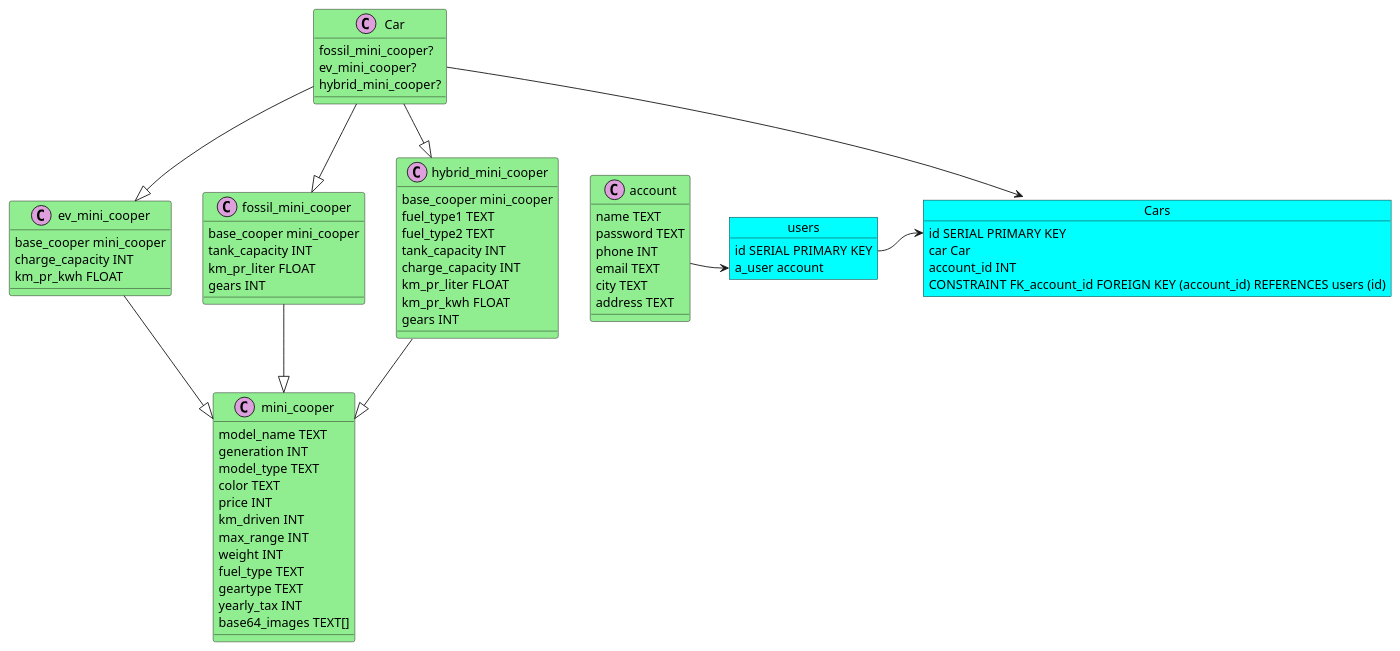
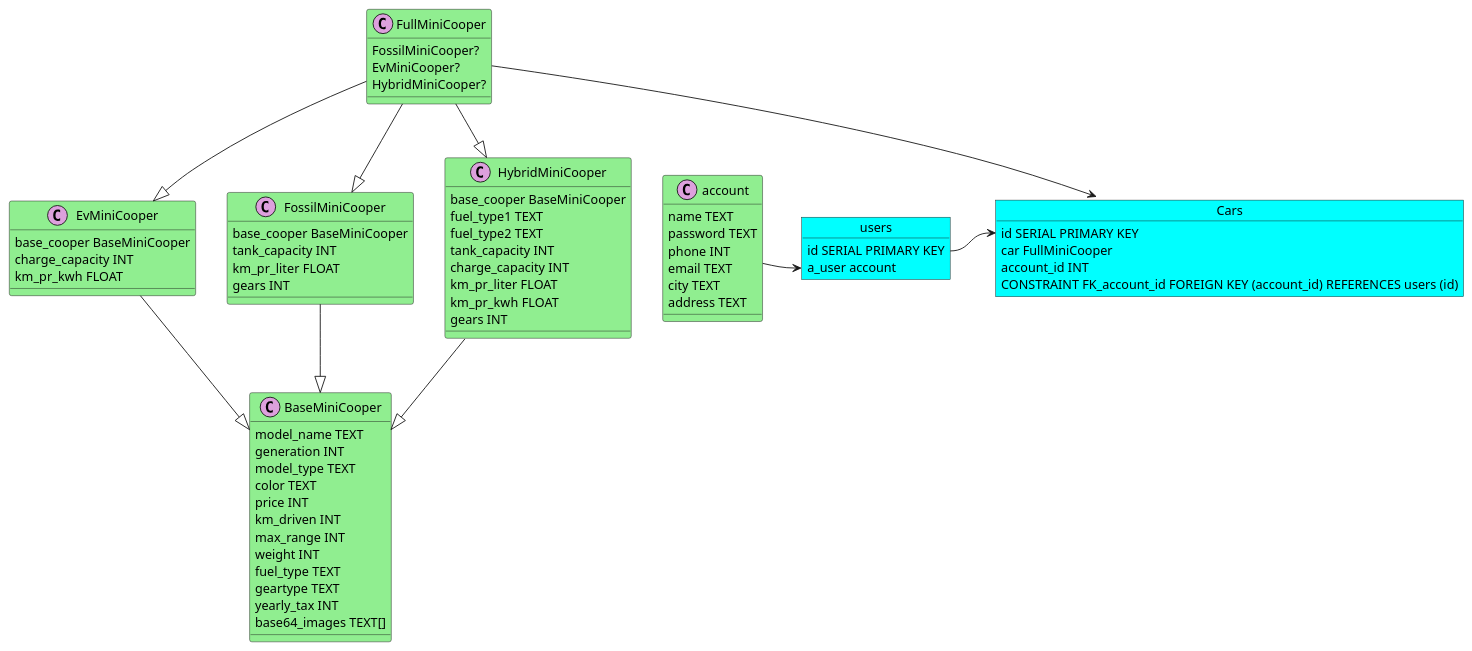
One commit to Mercantec-GHC/projekt-gruppe-3-1 changed the first of 2 diagrams in BlazorApp/DatabaseDiagram.puml. Above: the diagram before and after it, drawn with PlantUML. The commit also changed 8 other files, not shown here.

First line of the commit message:
Refactor Mini Cooper class structures and method names.

```diff
--- a/BlazorApp/DatabaseDiagram.puml
+++ b/BlazorApp/DatabaseDiagram.puml
@@ -1,93 +1,93 @@
 @startuml
 'https://plantuml.com/sequence-diagram
 
 skinparam object{
     BackgroundColor Cyan
 }
 
 skinparam class{
     BackgroundColor LightGreen
 }
 
-class mini_cooper <<(C,Plum)>> {
+class BaseMiniCooper <<(C,Plum)>> {
     model_name TEXT
     generation INT
     model_type TEXT
     color TEXT
     price INT
     km_driven INT
     max_range INT
     weight INT
     fuel_type TEXT
     geartype TEXT
     yearly_tax INT
     base64_images TEXT[]
 }
 
 class account <<(C,Plum)>>{
     name TEXT
     password TEXT
     phone INT
     email TEXT
     city TEXT
     address TEXT
 }
 
-class ev_mini_cooper <<(C,Plum)>>{
-    base_cooper mini_cooper
+class EvMiniCooper <<(C,Plum)>>{
+    base_cooper BaseMiniCooper
     charge_capacity INT
     km_pr_kwh FLOAT
 }
 
-class fossil_mini_cooper <<(C,Plum)>>{
-    base_cooper mini_cooper
+class FossilMiniCooper <<(C,Plum)>>{
+    base_cooper BaseMiniCooper
     tank_capacity INT
     km_pr_liter FLOAT
     gears INT
 }
 
-class hybrid_mini_cooper <<(C,Plum)>>{
-    base_cooper mini_cooper
+class HybridMiniCooper <<(C,Plum)>>{
+    base_cooper BaseMiniCooper
     fuel_type1 TEXT
     fuel_type2 TEXT
     tank_capacity INT
     charge_capacity INT
     km_pr_liter FLOAT
     km_pr_kwh FLOAT
     gears INT
 }
 
-class Car <<(C,Plum)>>{
-    fossil_mini_cooper?
-    ev_mini_cooper?
-    hybrid_mini_cooper?
+class FullMiniCooper <<(C,Plum)>>{
+    FossilMiniCooper?
+    EvMiniCooper?
+    HybridMiniCooper?
 }
 
 object users {
     id SERIAL PRIMARY KEY
     a_user account
 }
 
 
 object Cars {
     id SERIAL PRIMARY KEY
-    car Car
+    car FullMiniCooper
     account_id INT
     CONSTRAINT FK_account_id FOREIGN KEY (account_id) REFERENCES users (id)
 }
 
-Car --|> fossil_mini_cooper
-Car --|> ev_mini_cooper
-Car --|> hybrid_mini_cooper
+FullMiniCooper --|> FossilMiniCooper
+FullMiniCooper --|> EvMiniCooper
+FullMiniCooper --|> HybridMiniCooper
 
 users::id -> Cars::id
 
-Car --> Cars
+FullMiniCooper --> Cars
 
-fossil_mini_cooper --|> mini_cooper
-ev_mini_cooper --|> mini_cooper
-hybrid_mini_cooper --|> mini_cooper
+FossilMiniCooper --|> BaseMiniCooper
+EvMiniCooper --|> BaseMiniCooper
+HybridMiniCooper --|> BaseMiniCooper
 
 account -> users::a_user
 
 @enduml
```
